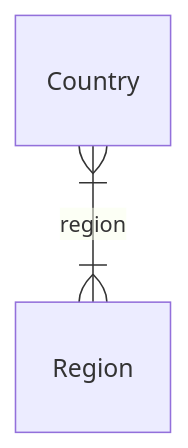
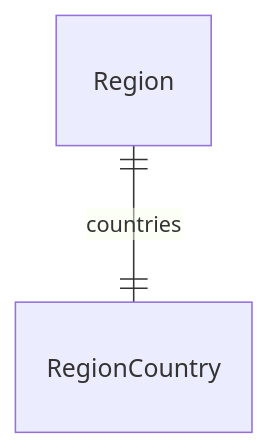
Before and after one commit to byteman0125/medusa: the diagram in www/apps/resources/references/modules/region_models/page.mdx, drawn with Mermaid. The commit also changed other lines of this file and 2503 other files, not shown here.

````diff
--- a/www/apps/resources/references/modules/region_models/page.mdx
+++ b/www/apps/resources/references/modules/region_models/page.mdx
@@ -14,5 +14,5 @@
 ```mermaid
 erDiagram
-	Country }|--|{ Region : region
+	Region ||--|| RegionCountry : countries
 
 ```
````
